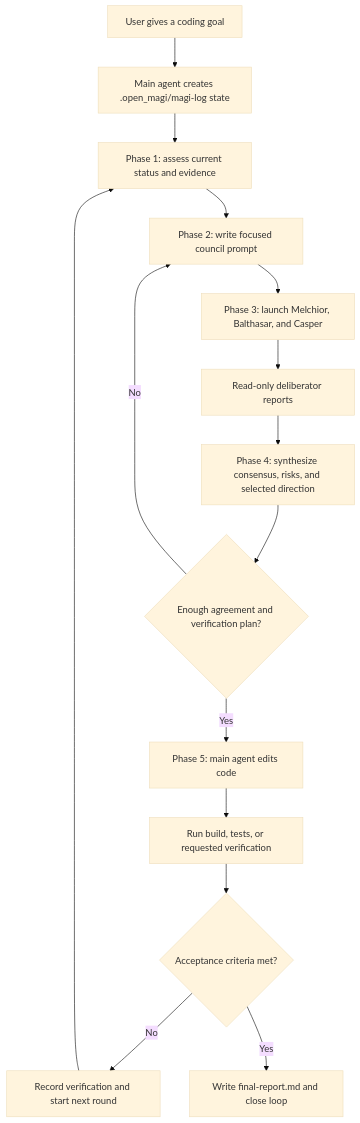
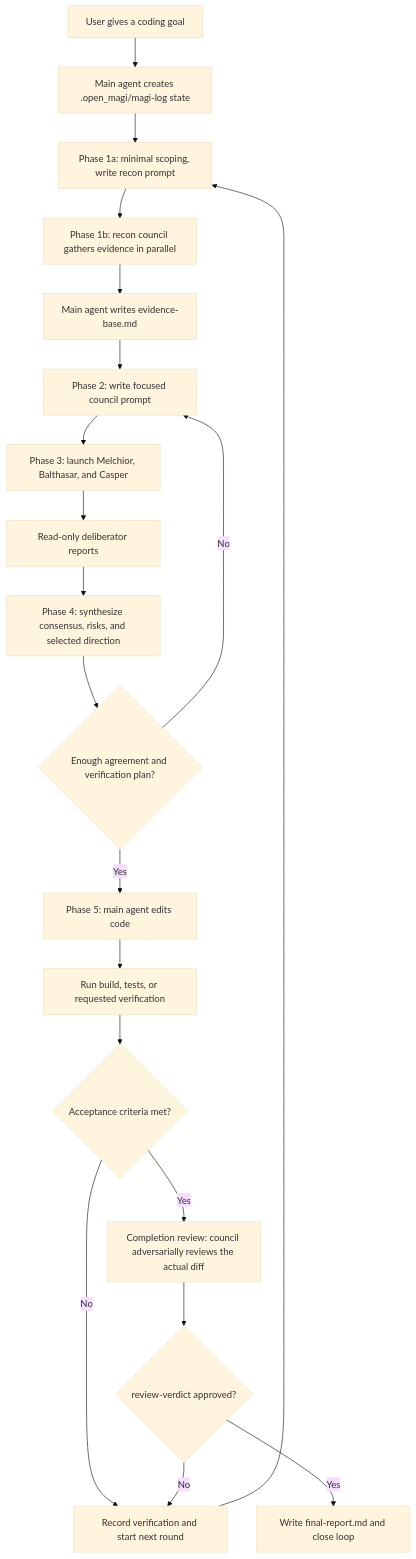
One commit to ladiossoop5star/open_magi changed the diagram in README.md. Above: the diagram before and after it, drawn with Mermaid (base theme). The commit also changed other lines of this file and 52 other files, not shown here.

````diff
--- a/README.md
+++ b/README.md
@@ -36,17 +42,22 @@
 ```mermaid
 flowchart TD
     A[User gives a coding goal] --> B[Main agent creates .open_magi/magi-log state]
-    B --> C[Phase 1: assess current status and evidence]
-    C --> D[Phase 2: write focused council prompt]
+    B --> C[Phase 1a: minimal scoping, write recon prompt]
+    C --> R[Phase 1b: recon council gathers evidence in parallel]
+    R --> R2[Main agent writes evidence-base.md]
+    R2 --> D[Phase 2: write focused council prompt]
     D --> E[Phase 3: launch Melchior, Balthasar, and Casper]
     E --> F[Read-only deliberator reports]
     F --> G[Phase 4: synthesize consensus, risks, and selected direction]
     G --> H{Enough agreement and verification plan?}
     H -- No --> D
     H -- Yes --> I[Phase 5: main agent edits code]
     I --> J[Run build, tests, or requested verification]
     J --> K{Acceptance criteria met?}
     K -- No --> L[Record verification and start next round]
     L --> C
-    K -- Yes --> M[Write final-report.md and close loop]
+    K -- Yes --> V[Completion review: council adversarially reviews the actual diff]
+    V --> W{review-verdict approved?}
+    W -- No --> L
+    W -- Yes --> M[Write final-report.md and close loop]
 ```
````
